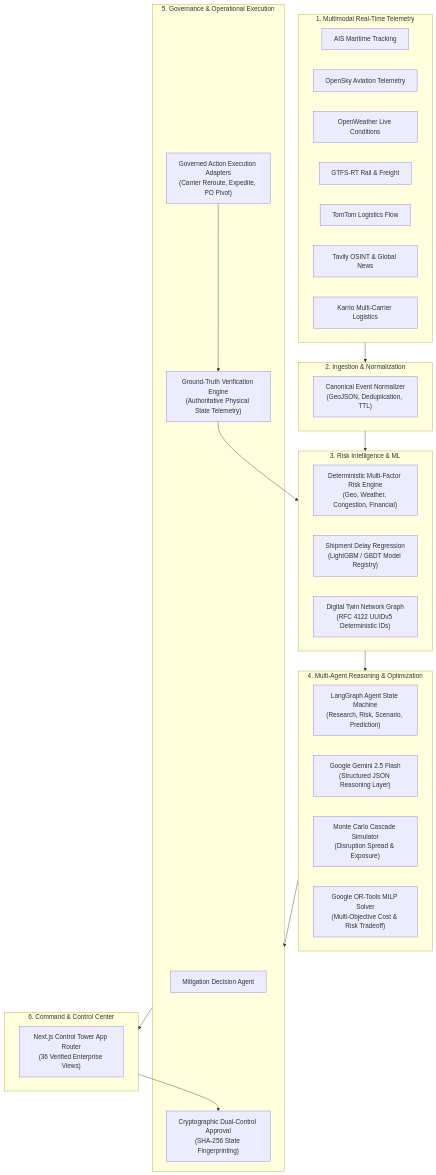
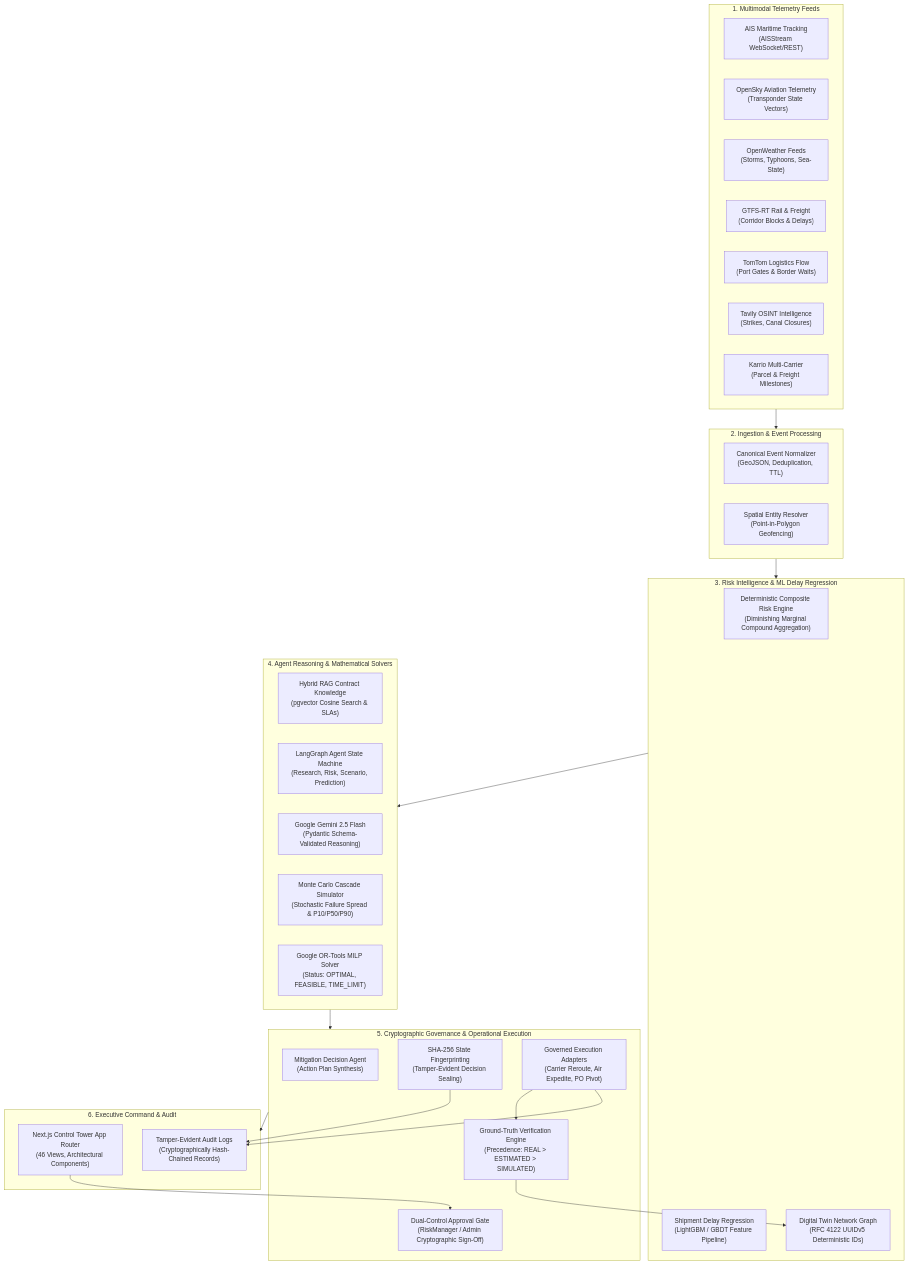
Before and after one commit to Suguda-Thakur-Marndi/ChainSentinel: the first of 2 diagrams in README.md, drawn with Mermaid. The commit also changed other lines of this file and 31 other files, not shown here.

Commit message:
feat: add web application pages, UI components, and documentation screenshot assets

````diff
--- a/README.md
+++ b/README.md
@@ -55,49 +77,55 @@
 ```mermaid
 flowchart TD
-    subgraph Feeds["1. Multimodal Real-Time Telemetry"]
-        AIS["AIS Maritime Tracking"]
-        ADS["OpenSky Aviation Telemetry"]
-        WX["OpenWeather Live Conditions"]
-        RAIL["GTFS-RT Rail & Freight"]
-        TRAF["TomTom Logistics Flow"]
-        NEWS["Tavily OSINT & Global News"]
-        CARR["Karrio Multi-Carrier Logistics"]
+    subgraph S1["1. Multimodal Telemetry Feeds"]
+        AIS["AIS Maritime Tracking\n(AISStream WebSocket/REST)"]
+        ADS["OpenSky Aviation Telemetry\n(Transponder State Vectors)"]
+        WX["OpenWeather Feeds\n(Storms, Typhoons, Sea-State)"]
+        RAIL["GTFS-RT Rail & Freight\n(Corridor Blocks & Delays)"]
+        TRAF["TomTom Logistics Flow\n(Port Gates & Border Waits)"]
+        NEWS["Tavily OSINT Intelligence\n(Strikes, Canal Closures)"]
+        CARR["Karrio Multi-Carrier\n(Parcel & Freight Milestones)"]
     end
 
-    subgraph Processing["2. Ingestion & Normalization"]
+    subgraph S2["2. Ingestion & Event Processing"]
         NORM["Canonical Event Normalizer\n(GeoJSON, Deduplication, TTL)"]
+        RESOLVE["Spatial Entity Resolver\n(Point-in-Polygon Geofencing)"]
     end
 
-    subgraph Intelligence["3. Risk Intelligence & ML"]
-        RISK["Deterministic Multi-Factor Risk Engine\n(Geo, Weather, Congestion, Financial)"]
-        ML["Shipment Delay Regression\n(LightGBM / GBDT Model Registry)"]
+    subgraph S3["3. Risk Intelligence & ML Delay Regression"]
+        RISK["Deterministic Composite Risk Engine\n(Diminishing Marginal Compound Aggregation)"]
+        ML["Shipment Delay Regression\n(LightGBM / GBDT Feature Pipeline)"]
         TWIN["Digital Twin Network Graph\n(RFC 4122 UUIDv5 Deterministic IDs)"]
     end
 
-    subgraph Agents["4. Multi-Agent Reasoning & Optimization"]
+    subgraph S4["4. Agent Reasoning & Mathematical Solvers"]
+        RAG["Hybrid RAG Contract Knowledge\n(pgvector Cosine Search & SLAs)"]
         LG["LangGraph Agent State Machine\n(Research, Risk, Scenario, Prediction)"]
-        GEMINI["Google Gemini 2.5 Flash\n(Structured JSON Reasoning Layer)"]
-        SIM["Monte Carlo Cascade Simulator\n(Disruption Spread & Exposure)"]
-        OPT["Google OR-Tools MILP Solver\n(Multi-Objective Cost & Risk Tradeoff)"]
+        GEMINI["Google Gemini 2.5 Flash\n(Pydantic Schema-Validated Reasoning)"]
+        SIM["Monte Carlo Cascade Simulator\n(Stochastic Failure Spread & P10/P50/P90)"]
+        OPT["Google OR-Tools MILP Solver\n(Status: OPTIMAL, FEASIBLE, TIME_LIMIT)"]
     end
 
-    subgraph Governance["5. Governance & Operational Execution"]
-        DEC["Mitigation Decision Agent"]
-        HITL["Cryptographic Dual-Control Approval\n(SHA-256 State Fingerprinting)"]
-        ACT["Governed Action Execution Adapters\n(Carrier Reroute, Expedite, PO Pivot)"]
-        VERIF["Ground-Truth Verification Engine\n(Authoritative Physical State Telemetry)"]
+    subgraph S5["5. Cryptographic Governance & Operational Execution"]
+        DEC["Mitigation Decision Agent\n(Action Plan Synthesis)"]
+        SEAL["SHA-256 State Fingerprinting\n(Tamper-Evident Decision Sealing)"]
+        HITL["Dual-Control Approval Gate\n(RiskManager / Admin Cryptographic Sign-Off)"]
+        ACT["Governed Execution Adapters\n(Carrier Reroute, Air Expedite, PO Pivot)"]
+        VERIF["Ground-Truth Verification Engine\n(Precedence: REAL > ESTIMATED > SIMULATED)"]
     end
 
-    subgraph Command["6. Command & Control Center"]
-        TOWER["Next.js Control Tower App Router\n(36 Verified Enterprise Views)"]
+    subgraph S6["6. Executive Command & Audit"]
+        TOWER["Next.js Control Tower App Router\n(46 Views, Architectural Components)"]
+        AUDIT["Tamper-Evident Audit Logs\n(Cryptographically Hash-Chained Records)"]
     end
 
-    Feeds --> Processing
-    Processing --> Intelligence
-    Intelligence --> Agents
-    Agents --> Governance
-    Governance --> Command
-    Command --> HITL
+    S1 --> S2
+    S2 --> S3
+    S3 --> S4
+    S4 --> S5
+    S5 --> S6
+    TOWER --> HITL
     ACT --> VERIF
-    VERIF --> Intelligence
+    VERIF --> TWIN
+    SEAL --> AUDIT
+    ACT --> AUDIT
 ```
````
